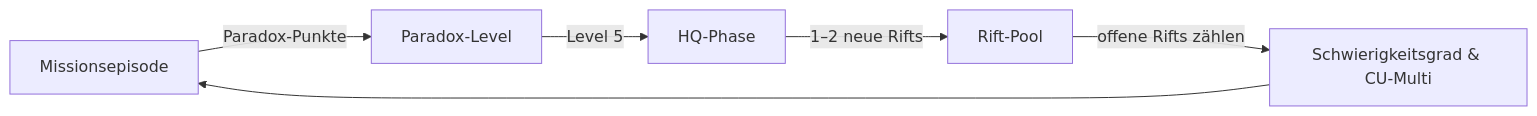
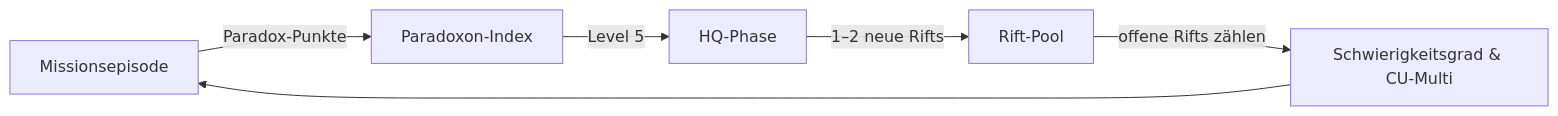
The first of 2 diagrams in gameplay/kampagnenstruktur.md (pchospital-lab/ZEITRISS-md), drawn with Mermaid before and after one commit. The commit also changed other lines of this file and 10 other files, not shown here.

````diff
--- a/gameplay/kampagnenstruktur.md
+++ b/gameplay/kampagnenstruktur.md
@@ -150,8 +150,8 @@
 ```mermaid
 graph LR
-A[Missionsepisode] -->|Paradox-Punkte| B[Paradox-Level]
+A[Missionsepisode] -->|Paradox-Punkte| B[Paradoxon-Index]
 B -->|Level 5| C[HQ-Phase]
 C -->|1–2 neue Rifts| D[Rift-Pool]
 D -->|offene Rifts zählen| E[Schwierigkeitsgrad & CU-Multi]
 E --> A
 ```
````
